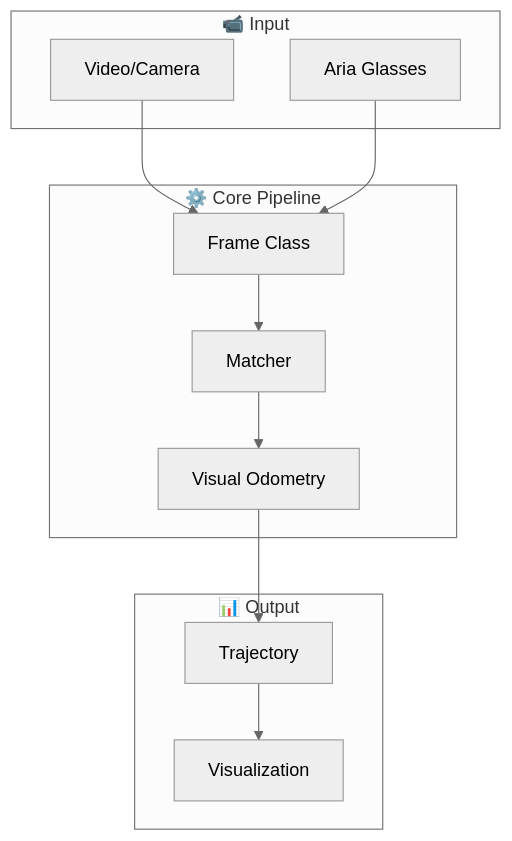
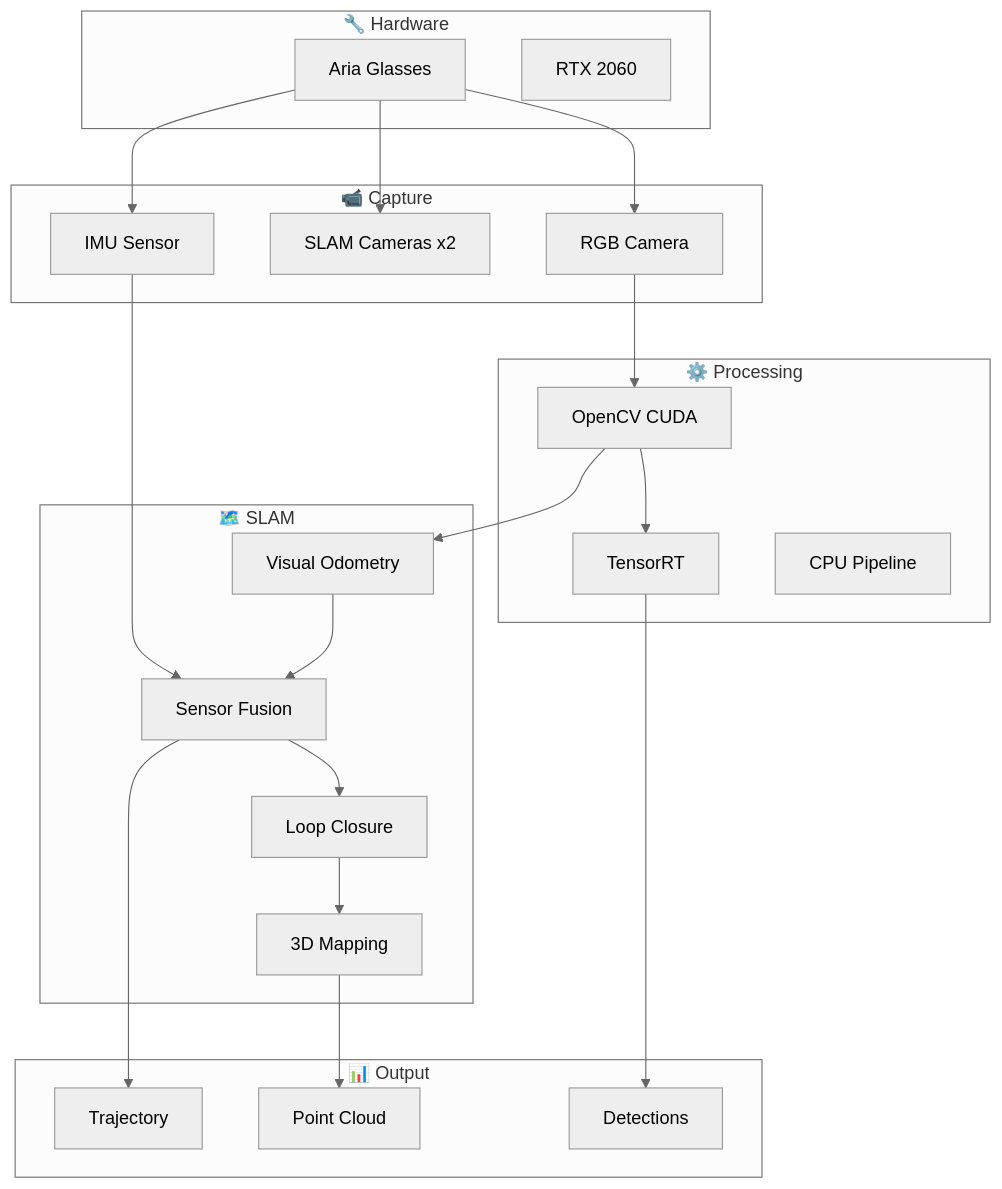
One commit to robertteleng/aria-slam changed the third of 10 diagrams in README.md. Above: the diagram before and after it, drawn with Mermaid (neutral theme). The commit also changed other lines of this file and 2 other files, not shown here.

Commit message:
feat: update README for SLAM system and enhance main.cpp visualization

````diff
--- a/README.md
+++ b/README.md
@@ -163,25 +142,49 @@
 ```mermaid
 flowchart TD
-    subgraph Input["📹 Input"]
-        V[Video/Camera]
-        A[Aria Glasses]
+    subgraph Hardware["🔧 Hardware"]
+        ARIA[Aria Glasses]
+        GPU[RTX 2060]
     end
     
-    subgraph Core["⚙️ Core Pipeline"]
-        F[Frame Class]
-        M[Matcher]
+    subgraph Capture["📹 Capture"]
+        RGB[RGB Camera]
+        SLAM_CAM[SLAM Cameras x2]
+        IMU_S[IMU Sensor]
+    end
+    
+    subgraph Processing["⚙️ Processing"]
+        CUDA[OpenCV CUDA]
+        TRT[TensorRT]
+        CPU[CPU Pipeline]
+    end
+    
+    subgraph SLAM["🗺️ SLAM"]
         VO[Visual Odometry]
+        FUSION[Sensor Fusion]
+        LOOP[Loop Closure]
+        MAPPING[3D Mapping]
     end
     
     subgraph Output["📊 Output"]
-        T[Trajectory]
-        VIS[Visualization]
+        TRAJ[Trajectory]
+        MAP[Point Cloud]
+        DET[Detections]
     end
     
-    V --> F
-    A --> F
-    F --> M
-    M --> VO
-    VO --> T
-    T --> VIS
+    ARIA --> RGB
+    ARIA --> SLAM_CAM
+    ARIA --> IMU_S
+    
+    RGB --> CUDA
+    CUDA --> VO
+    IMU_S --> FUSION
+    VO --> FUSION
+    FUSION --> LOOP
+    LOOP --> MAPPING
+    
+    CUDA --> TRT
+    TRT --> DET
+    
+    MAPPING --> MAP
+    FUSION --> TRAJ
 ```
````
